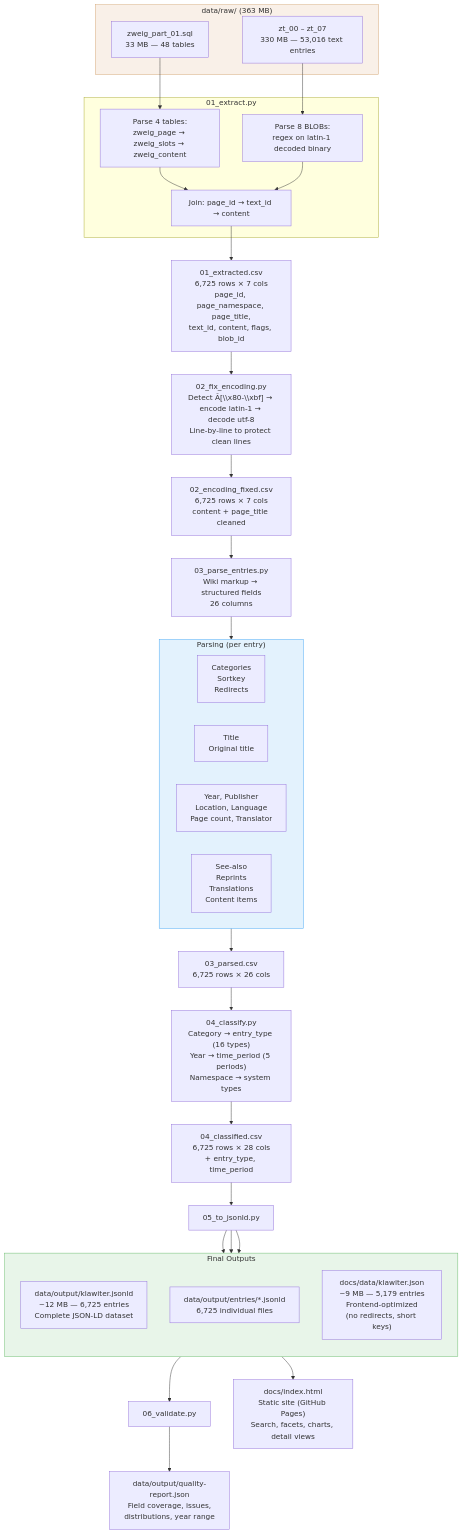
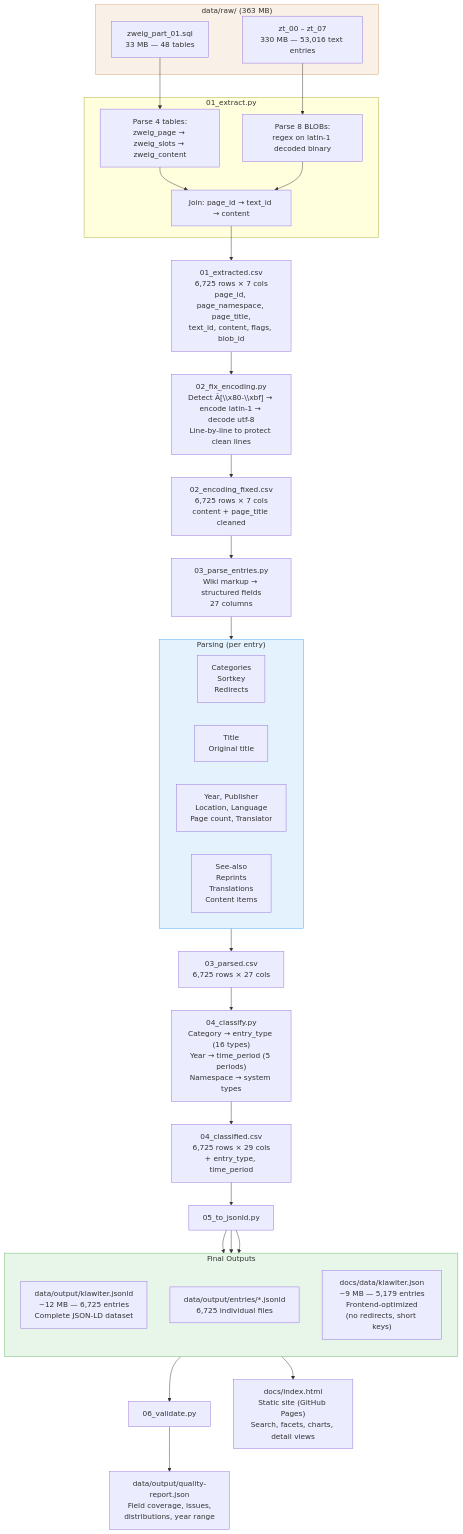
The diagram in knowledge/pipeline.md (chpollin/klawiter-rescue), drawn with Mermaid before and after one commit. The commit also changed other lines of this file and 15 other files, not shown here.

````diff
--- a/knowledge/pipeline.md
+++ b/knowledge/pipeline.md
@@ -256,63 +256,63 @@
 ```mermaid
 flowchart TD
     subgraph RAW["data/raw/ (363 MB)"]
         SQL["zweig_part_01.sql\n33 MB — 48 tables"]
         BLOB["zt_00 – zt_07\n330 MB — 53,016 text entries"]
     end
 
     subgraph EXTRACT["01_extract.py"]
         PARSE_SQL["Parse 4 tables:\nzweig_page → zweig_slots → zweig_content"]
         PARSE_BLOB["Parse 8 BLOBs:\nregex on latin-1 decoded binary"]
         JOIN["Join: page_id → text_id → content"]
     end
 
     SQL --> PARSE_SQL
     BLOB --> PARSE_BLOB
     PARSE_SQL --> JOIN
     PARSE_BLOB --> JOIN
 
     JOIN --> CSV1["01_extracted.csv\n6,725 rows × 7 cols\npage_id, page_namespace, page_title,\ntext_id, content, flags, blob_id"]
 
     CSV1 --> ENC["02_fix_encoding.py\nDetect Ã[\\x80-\\xbf] → encode latin-1 → decode utf-8\nLine-by-line to protect clean lines"]
 
     ENC --> CSV2["02_encoding_fixed.csv\n6,725 rows × 7 cols\ncontent + page_title cleaned"]
 
-    CSV2 --> PARSE["03_parse_entries.py\nWiki markup → structured fields\n26 columns"]
+    CSV2 --> PARSE["03_parse_entries.py\nWiki markup → structured fields\n27 columns"]
 
     subgraph PARSE_DETAIL["Parsing (per entry)"]
         direction LR
         P1["Categories\nSortkey\nRedirects"]
         P2["Title\nOriginal title"]
         P3["Year, Publisher\nLocation, Language\nPage count, Translator"]
         P4["See-also\nReprints\nTranslations\nContent items"]
     end
 
     PARSE --> PARSE_DETAIL
-    PARSE_DETAIL --> CSV3["03_parsed.csv\n6,725 rows × 26 cols"]
+    PARSE_DETAIL --> CSV3["03_parsed.csv\n6,725 rows × 27 cols"]
 
     CSV3 --> CLASS["04_classify.py\nCategory → entry_type (16 types)\nYear → time_period (5 periods)\nNamespace → system types"]
 
-    CLASS --> CSV4["04_classified.csv\n6,725 rows × 28 cols\n+ entry_type, time_period"]
+    CLASS --> CSV4["04_classified.csv\n6,725 rows × 29 cols\n+ entry_type, time_period"]
 
     CSV4 --> JSONLD["05_to_jsonld.py"]
 
     subgraph OUTPUTS["Final Outputs"]
         direction TB
         OUT1["data/output/klawiter.jsonld\n~12 MB — 6,725 entries\nComplete JSON-LD dataset"]
         OUT2["data/output/entries/*.jsonld\n6,725 individual files"]
         OUT3["docs/data/klawiter.json\n~9 MB — 5,179 entries\nFrontend-optimized\n(no redirects, short keys)"]
     end
 
     JSONLD --> OUT1
     JSONLD --> OUT2
     JSONLD --> OUT3
 
     OUT1 --> VALID["06_validate.py"]
     VALID --> REPORT["data/output/quality-report.json\nField coverage, issues,\ndistributions, year range"]
 
     OUT3 --> FRONTEND["docs/index.html\nStatic site (GitHub Pages)\nSearch, facets, charts, detail views"]
 
     style RAW fill:#f9f0e8,stroke:#d4a574
     style OUTPUTS fill:#e8f5e9,stroke:#66bb6a
     style PARSE_DETAIL fill:#e3f2fd,stroke:#42a5f5
 ```
````
